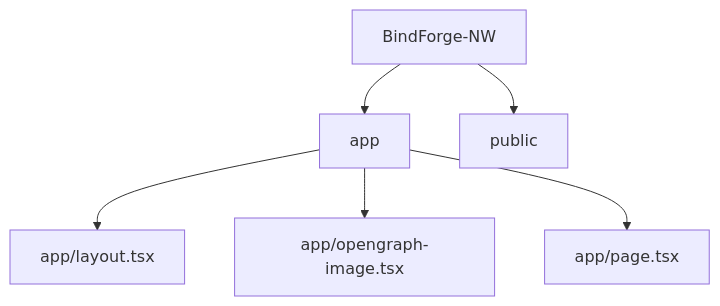
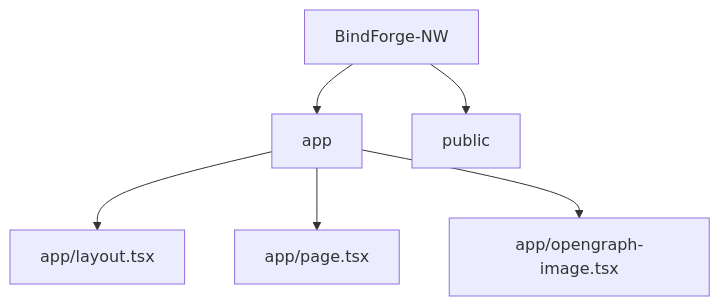
The second of 5 diagrams in README.md (Nischhalsubba/BindForge-NW), drawn with Mermaid before and after one commit. The commit also changed other lines of this file, not shown here.

````diff
--- a/README.md
+++ b/README.md
@@ -49,9 +87,9 @@
 ```mermaid
 flowchart TD
     APP["BindForge-NW"]
     APP --> R0["app"]
     APP --> R1["public"]
     R0 --> F0["app/layout.tsx"]
-    R0 --> F1["app/opengraph-image.tsx"]
-    R0 --> F2["app/page.tsx"]
+    R0 --> F1["app/page.tsx"]
+    R0 --> F2["app/opengraph-image.tsx"]
 ```
````
